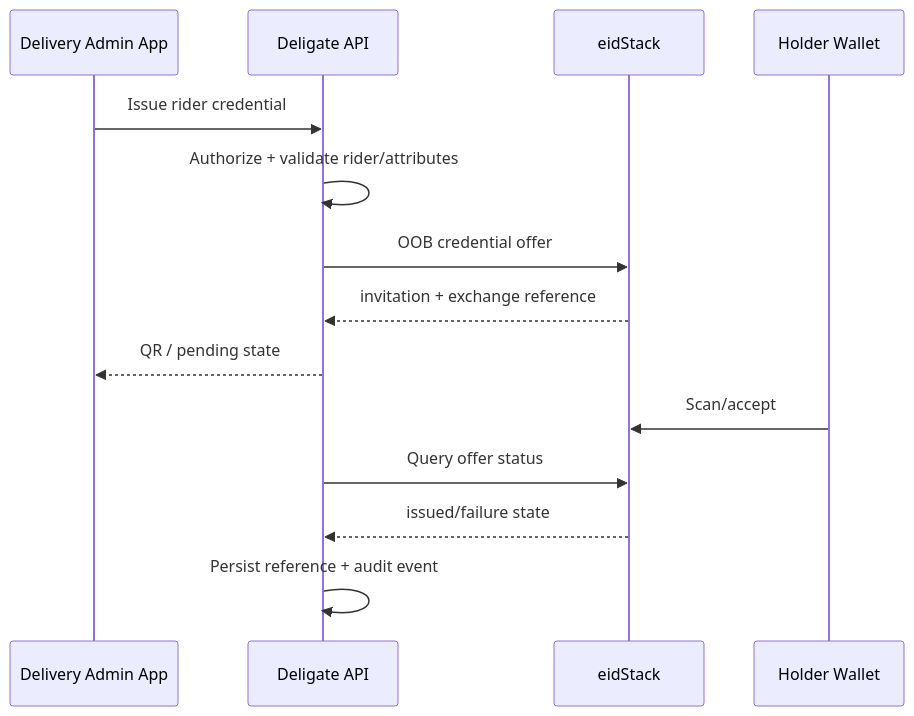
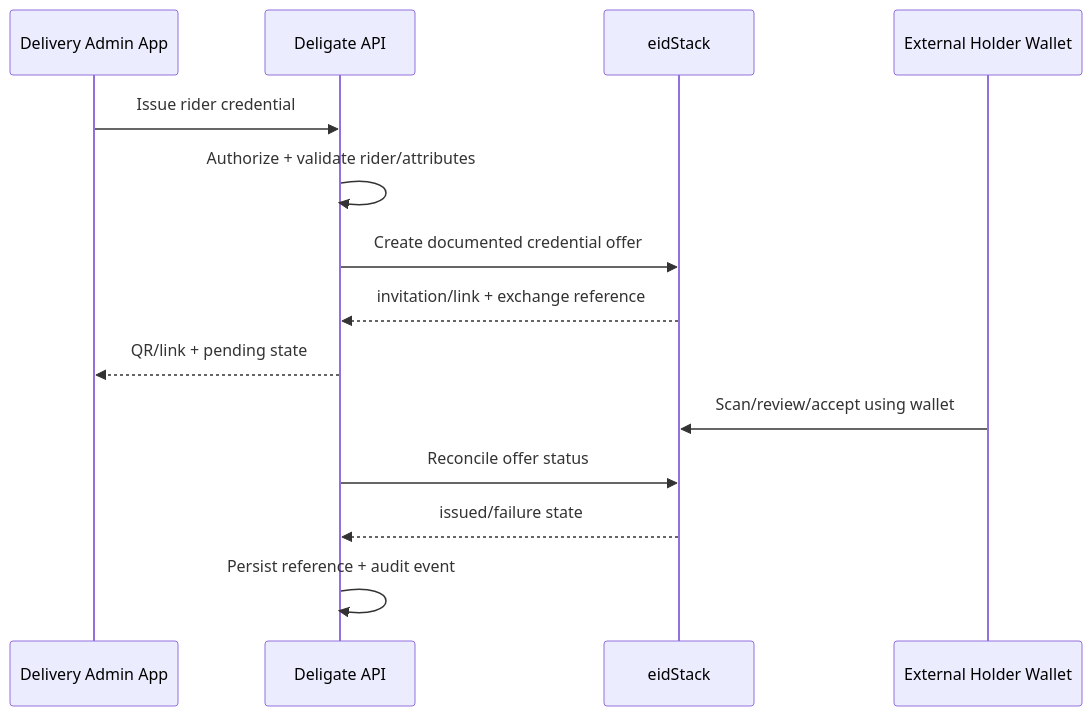
One commit to midhun00071/Deligate changed the second of 4 diagrams in docs/ARCH.md. Above: the diagram before and after it, drawn with Mermaid. The commit also changed other lines of this file and 36 other files, not shown here.

````diff
--- a/docs/ARCH.md
+++ b/docs/ARCH.md
@@ -103,17 +110,17 @@
 ```mermaid
 sequenceDiagram
   participant Admin as Delivery Admin App
   participant API as Deligate API
   participant ES as eidStack
-  participant Wallet as Holder Wallet
+  participant Wallet as External Holder Wallet
 
   Admin->>API: Issue rider credential
   API->>API: Authorize + validate rider/attributes
-  API->>ES: OOB credential offer
-  ES-->>API: invitation + exchange reference
-  API-->>Admin: QR / pending state
-  Wallet->>ES: Scan/accept
-  API->>ES: Query offer status
+  API->>ES: Create documented credential offer
+  ES-->>API: invitation/link + exchange reference
+  API-->>Admin: QR/link + pending state
+  Wallet->>ES: Scan/review/accept using wallet
+  API->>ES: Reconcile offer status
   ES-->>API: issued/failure state
   API->>API: Persist reference + audit event
 ```
````
